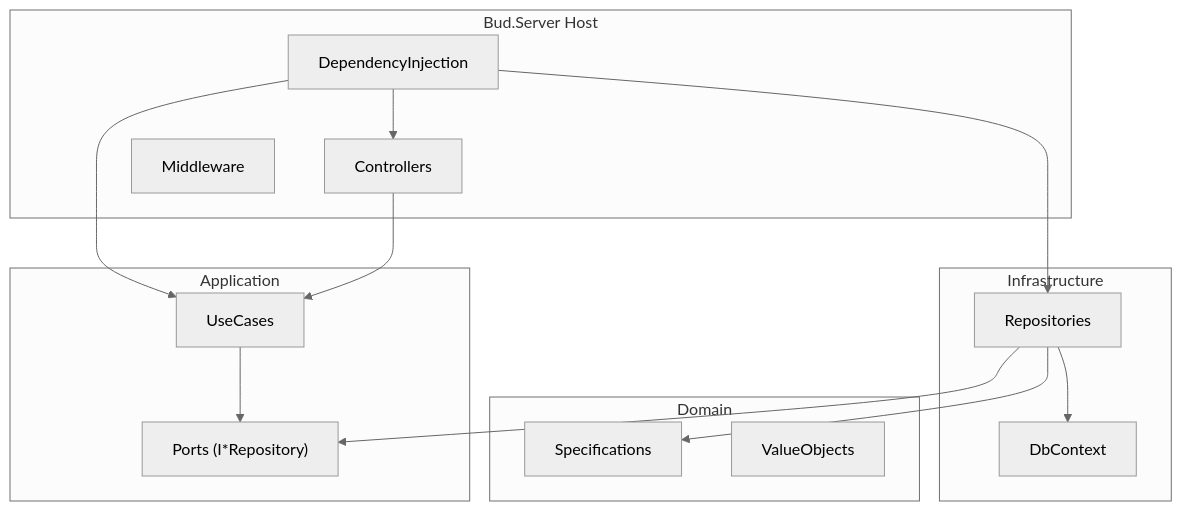
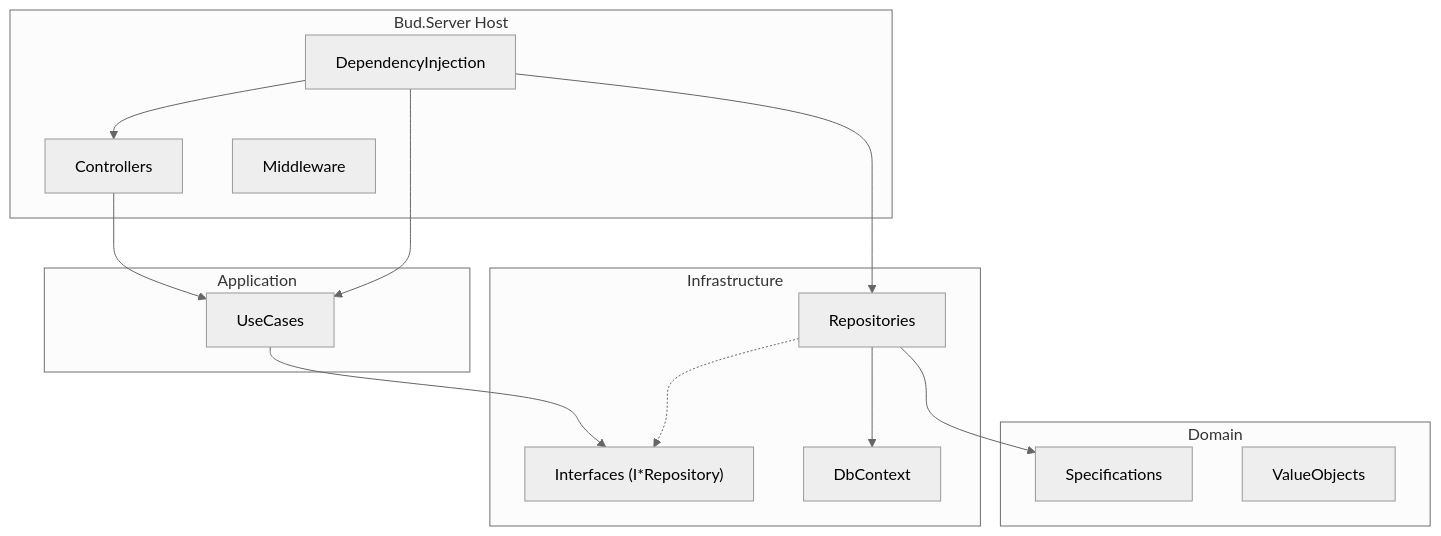
The seventh of 10 diagrams in README.md (dsbraz/bud), drawn with Mermaid (neutral theme) before and after one commit. The commit also changed other lines of this file and 93 other files, not shown here.

````diff
--- a/README.md
+++ b/README.md
@@ -263,29 +261,29 @@
 ```mermaid
 flowchart TB
     subgraph Host["Bud.Server Host"]
       Controllers
       Middleware
       DependencyInjection
     end
     subgraph App["Application"]
       UseCases
-      Ports["Ports (I*Repository)"]
     end
     subgraph Domain["Domain"]
       Specifications
       ValueObjects
     end
     subgraph Infra["Infrastructure"]
+      Interfaces["Interfaces (I*Repository)"]
       Repositories
       DbContext
     end
 
     Controllers --> UseCases
-    UseCases --> Ports
-    Repositories --> Ports
+    UseCases --> Interfaces
+    Repositories -.-> Interfaces
     Repositories --> DbContext
     Repositories --> Specifications
     DependencyInjection --> Controllers
     DependencyInjection --> UseCases
     DependencyInjection --> Repositories
 ```
````
